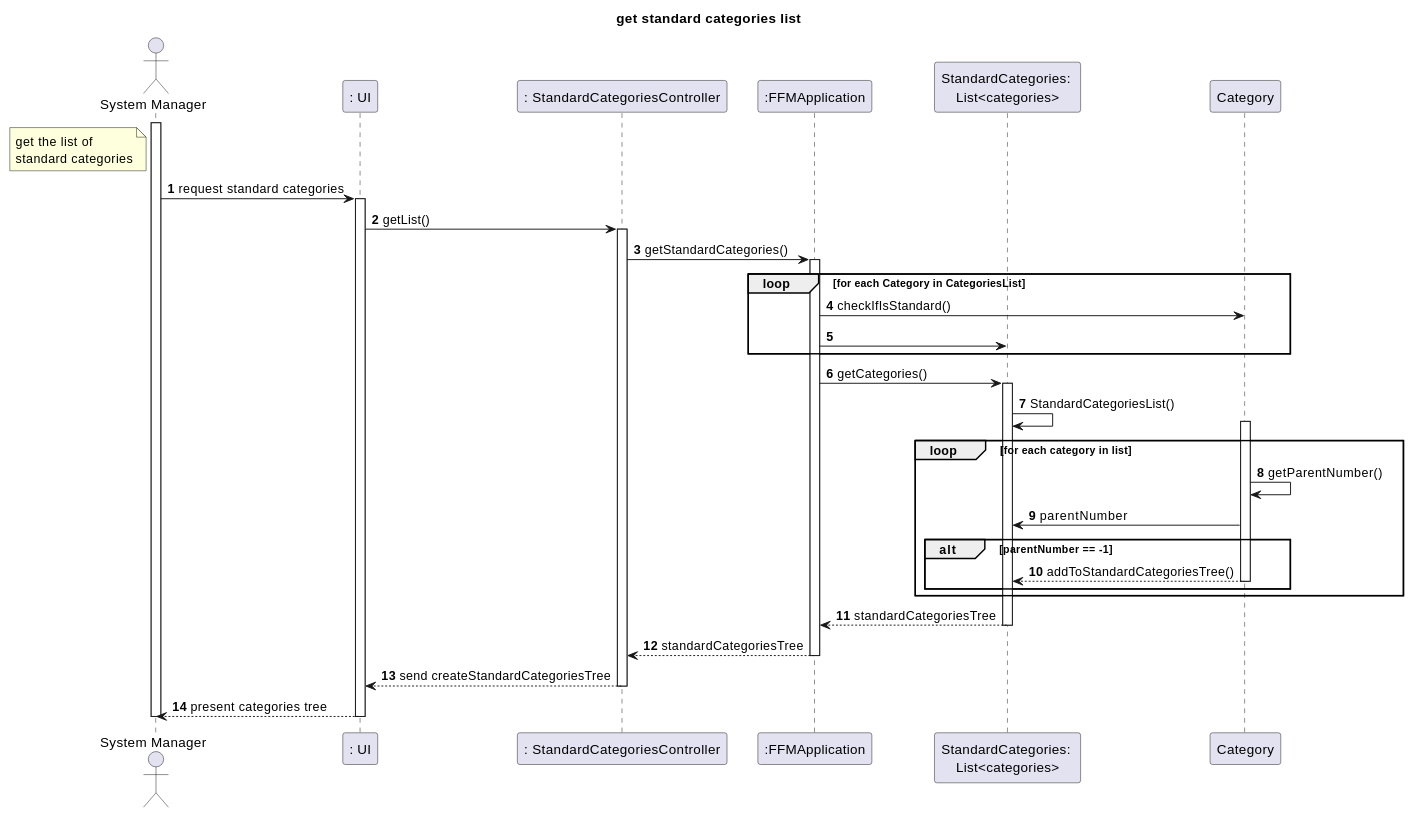
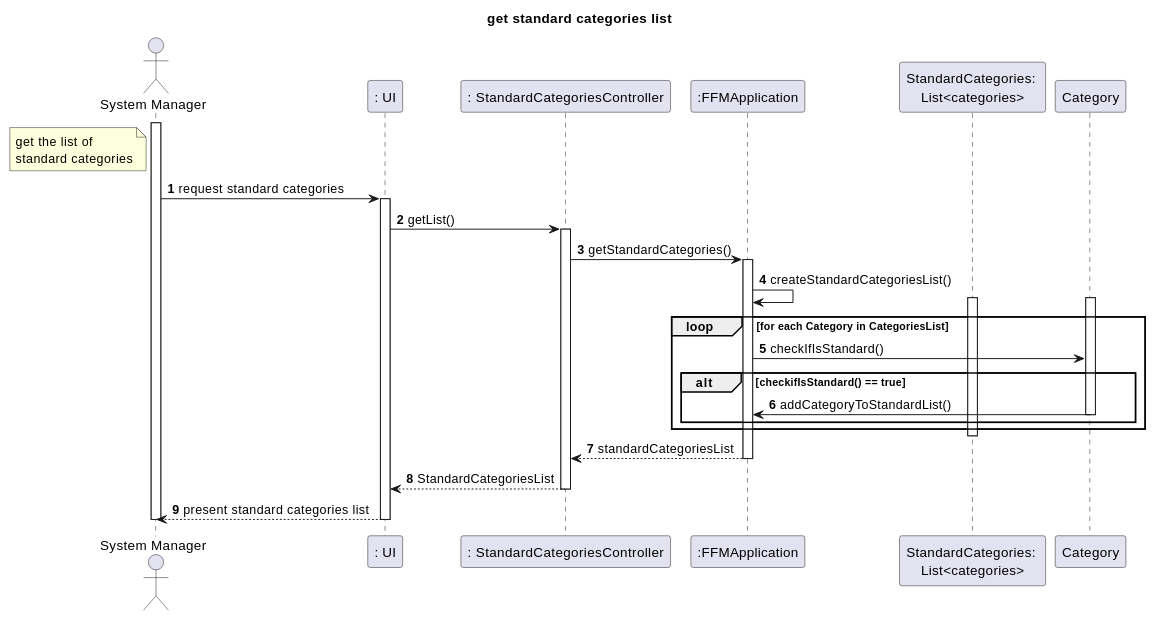
Before and after one commit to tomas-osswald/switch_2020_g3: the diagram in docs/US002 Get Standard Categories.md, drawn with PlantUML. The commit also changed other lines of this file and 2 other files, not shown here.

`````diff
--- a/docs/US002 Get Standard Categories.md
+++ b/docs/US002 Get Standard Categories.md
@@ -32,45 +32,39 @@
 ````puml
 autonumber
 title get standard categories list
 actor "System Manager" as systemManager
 participant ": UI" as ui
 participant ": StandardCategoriesController" as controller
 participant ":FFMApplication" as app
 participant "StandardCategories: \nList<categories>" as list
 participant "Category" as category
 
 note left of systemManager:  get the list of \nstandard categories
 activate systemManager
 systemManager -> ui : request standard categories
 activate ui
 ui -> controller : getList()
 activate controller
 controller -> app : getStandardCategories()
 activate app
+app -> app : createStandardCategoriesList()
 loop for each Category in CategoriesList
+activate list
+activate category
+
 app -> category : checkIfIsStandard()
-app -> list
+alt checkifIsStandard() == true
+category -> app : addCategoryToStandardList()
+deactivate category
 end
-app -> list : getCategories()
-activate list
-list -> list : StandardCategoriesList()
-loop for each category in list
-activate category
-         category -> category: getParentNumber()
-         category -> list : parentNumber
-         alt parentNumber == -1
-         category --> list : addToStandardCategoriesTree()
-         deactivate category
-        end
-       end
-list --> app : standardCategoriesTree
+end
 deactivate list
-app --> controller : standardCategoriesTree
+app --> controller : standardCategoriesList
 deactivate app
-controller --> ui :send createStandardCategoriesTree
+controller --> ui :StandardCategoriesList
 deactivate controller
-ui --> systemManager : present categories tree
+ui --> systemManager : present standard categories list
 deactivate ui
 deactivate systemManager
 @enduml
 ````
`````
